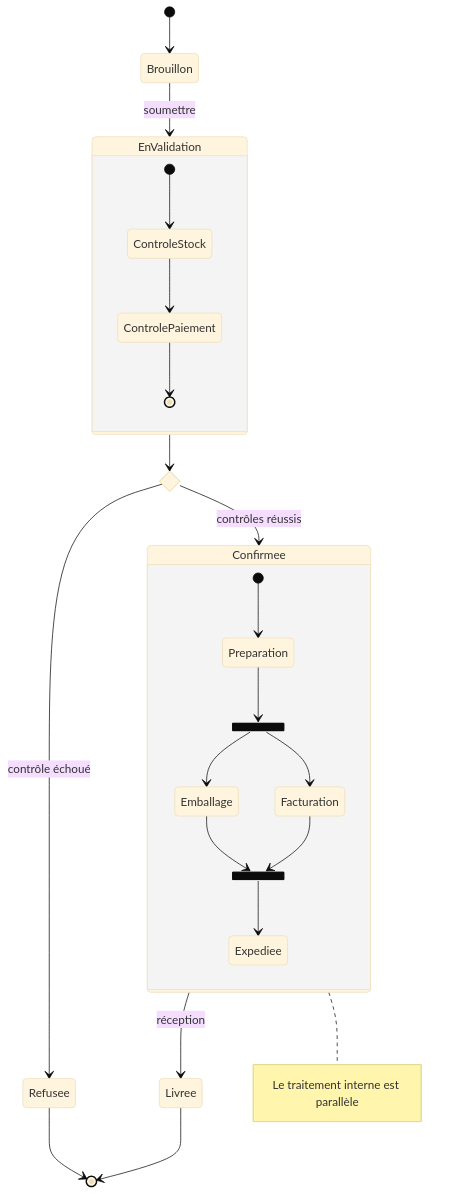
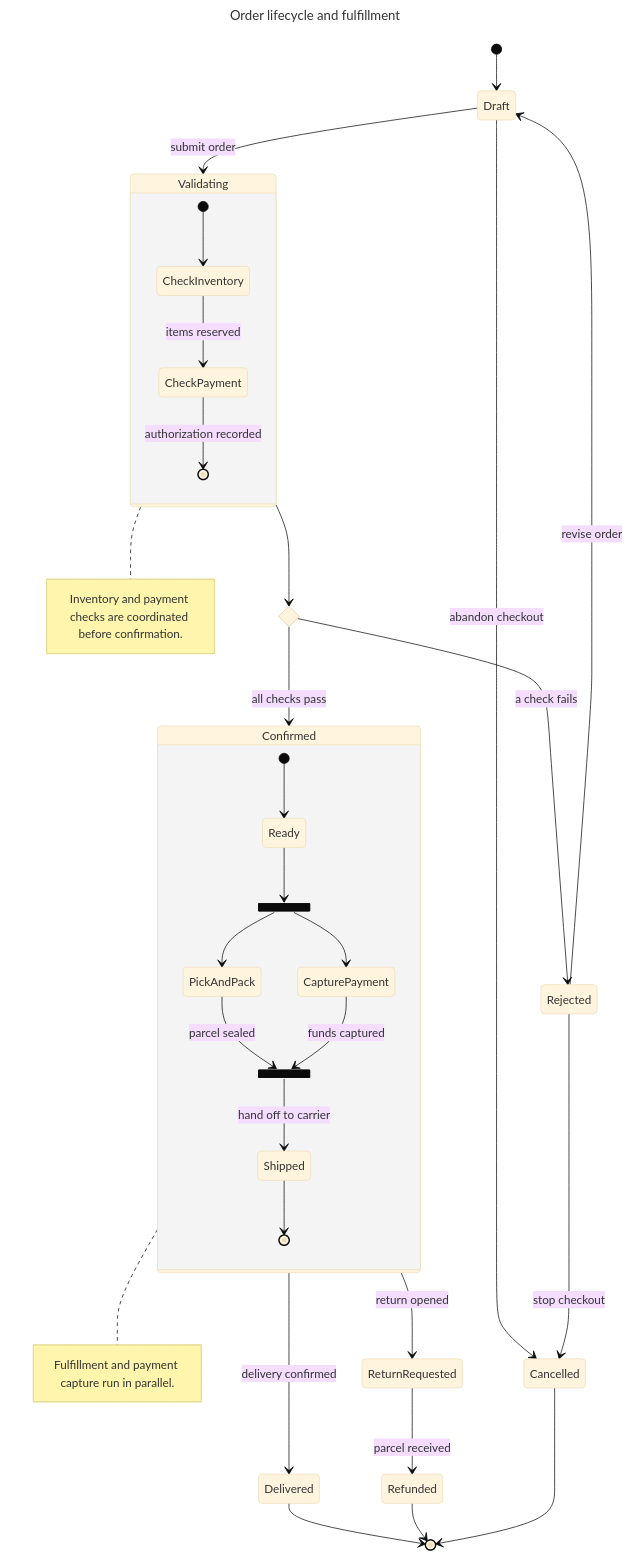
One commit to Brainfkt/mermaid-preview-offline changed the diagram in examples/05-state.mmd. Above: the diagram before and after it, drawn with Mermaid (base theme). The commit also changed 74 other files, not shown here.

```diff
--- a/examples/05-state.mmd
+++ b/examples/05-state.mmd
@@ -1,31 +1,44 @@
+---
+title: Order lifecycle and fulfillment
+---
 stateDiagram-v2
-  [*] --> Brouillon
-  Brouillon --> EnValidation : soumettre
+  [*] --> Draft
+  Draft --> Validating : submit order
+  Draft --> Cancelled : abandon checkout
 
-  state EnValidation {
-    [*] --> ControleStock
-    ControleStock --> ControlePaiement
-    ControlePaiement --> [*]
+  state Validating {
+    [*] --> CheckInventory
+    CheckInventory --> CheckPayment : items reserved
+    CheckPayment --> [*] : authorization recorded
   }
 
-  state choix <<choice>>
-  EnValidation --> choix
-  choix --> Confirmee : contrôles réussis
-  choix --> Refusee : contrôle échoué
+  state validationResult <<choice>>
+  Validating --> validationResult
+  validationResult --> Confirmed : all checks pass
+  validationResult --> Rejected : a check fails
 
-  state Confirmee {
-    [*] --> Preparation
-    state fork_state <<fork>>
-    Preparation --> fork_state
-    fork_state --> Emballage
-    fork_state --> Facturation
-    state join_state <<join>>
-    Emballage --> join_state
-    Facturation --> join_state
-    join_state --> Expediee
+  state Confirmed {
+    [*] --> Ready
+    state workFork <<fork>>
+    Ready --> workFork
+    workFork --> PickAndPack
+    workFork --> CapturePayment
+
+    state workJoin <<join>>
+    PickAndPack --> workJoin : parcel sealed
+    CapturePayment --> workJoin : funds captured
+    workJoin --> Shipped : hand off to carrier
+    Shipped --> [*]
   }
 
-  Confirmee --> Livree : réception
-  Refusee --> [*]
-  Livree --> [*]
-  note right of Confirmee : Le traitement interne est parallèle
+  Confirmed --> Delivered : delivery confirmed
+  Confirmed --> ReturnRequested : return opened
+  ReturnRequested --> Refunded : parcel received
+  Rejected --> Draft : revise order
+  Rejected --> Cancelled : stop checkout
+  Delivered --> [*]
+  Refunded --> [*]
+  Cancelled --> [*]
+
+  note right of Validating : Inventory and payment checks are coordinated before confirmation.
+  note right of Confirmed : Fulfillment and payment capture run in parallel.
```
